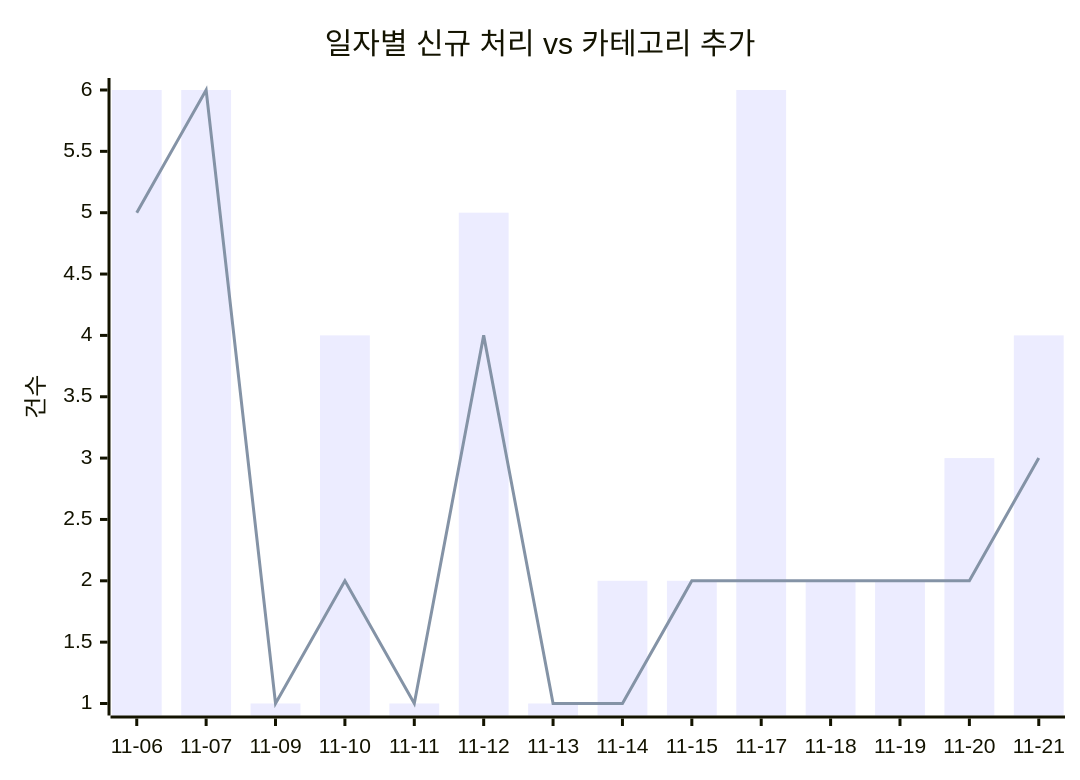
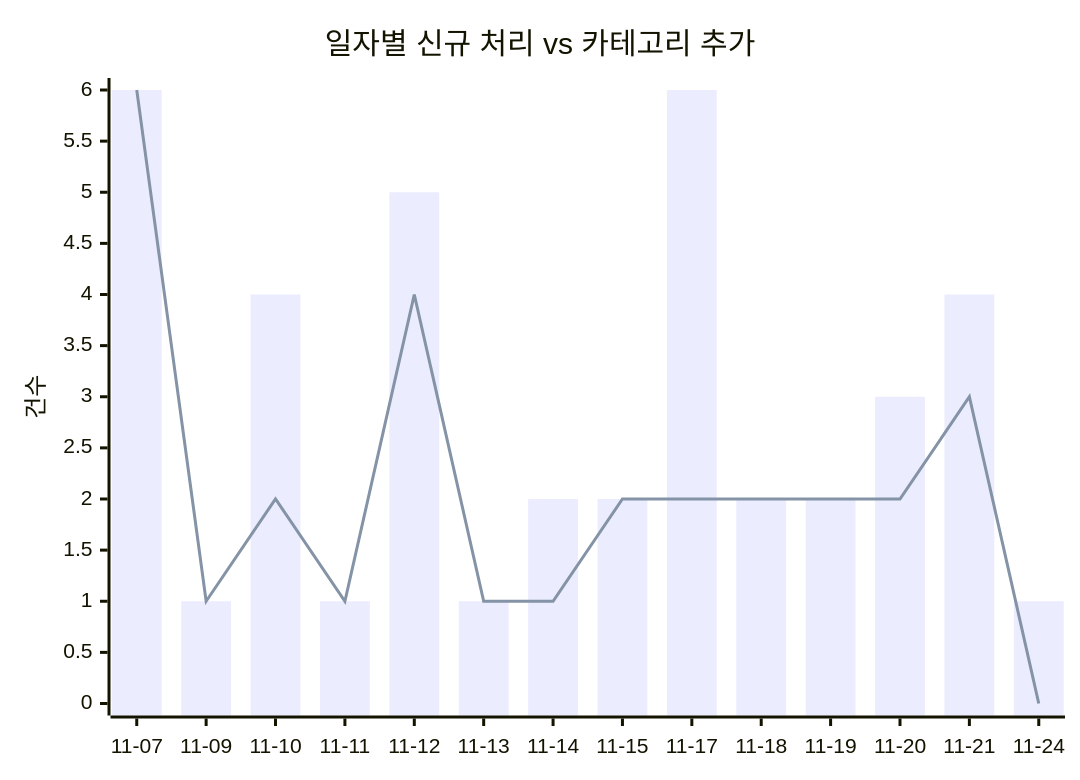
Before and after one commit to J-nowcow/awesome-korean-agent-skills: the first of 2 diagrams in docs/trends.md, drawn with Mermaid. The commit also changed other lines of this file and 27 other files, not shown here.

````diff
--- a/docs/trends.md
+++ b/docs/trends.md
@@ -32,8 +32,8 @@
 ```mermaid
 xychart-beta
     title "일자별 신규 처리 vs 카테고리 추가"
-    x-axis ["11-06","11-07","11-09","11-10","11-11","11-12","11-13","11-14","11-15","11-17","11-18","11-19","11-20","11-21"]
+    x-axis ["11-07","11-09","11-10","11-11","11-12","11-13","11-14","11-15","11-17","11-18","11-19","11-20","11-21","11-24"]
     y-axis "건수"
-    bar [6,6,1,4,1,5,1,2,2,6,2,2,3,4]
-    line [5,6,1,2,1,4,1,1,2,2,2,2,2,3]
+    bar [6,1,4,1,5,1,2,2,6,2,2,3,4,1]
+    line [6,1,2,1,4,1,1,2,2,2,2,2,3,0]
 ```
````
